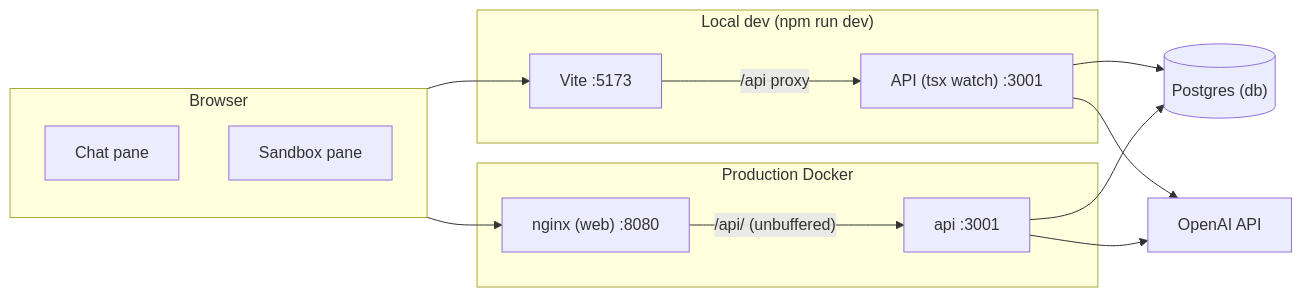
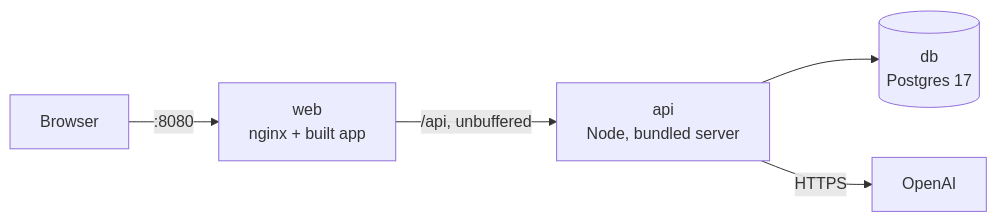
One commit to daniel-citrus/genui-prototype changed the third of 3 diagrams in docs/ARCHITECTURE.md. Above: the diagram before and after it, drawn with Mermaid. The commit also changed other lines of this file, not shown here.

Commit message:
Rewrite the architecture doc around system and chat-turn diagrams

````diff
--- a/docs/ARCHITECTURE.md
+++ b/docs/ARCHITECTURE.md
@@ -61,29 +148,7 @@
 ```mermaid
 flowchart LR
-  subgraph browser ["Browser"]
-    ChatPane["Chat pane"]
-    SandboxPane["Sandbox pane"]
-  end
-
-  subgraph devLocal ["Local dev (npm run dev)"]
-    DevServer["Vite :5173"]
-    DevApi["API (tsx watch) :3001"]
-    DevServer -- "/api proxy" --> DevApi
-  end
-
-  subgraph prodDocker ["Production Docker"]
-    Nginx["nginx (web) :8080"]
-    Api["api :3001"]
-    Nginx -- "/api/ (unbuffered)" --> Api
-  end
-
-  Db[("Postgres (db)")]
-  OpenAI["OpenAI API"]
-
-  browser --> DevServer
-  browser --> Nginx
-  DevApi --> Db
-  Api --> Db
-  DevApi --> OpenAI
-  Api --> OpenAI
+  User["Browser"] -- ":8080" --> Web["web<br/>nginx + built app"]
+  Web -- "/api, unbuffered" --> Api["api<br/>Node, bundled server"]
+  Api --> Db[("db<br/>Postgres 17")]
+  Api -- "HTTPS" --> OpenAI["OpenAI"]
 ```
````
